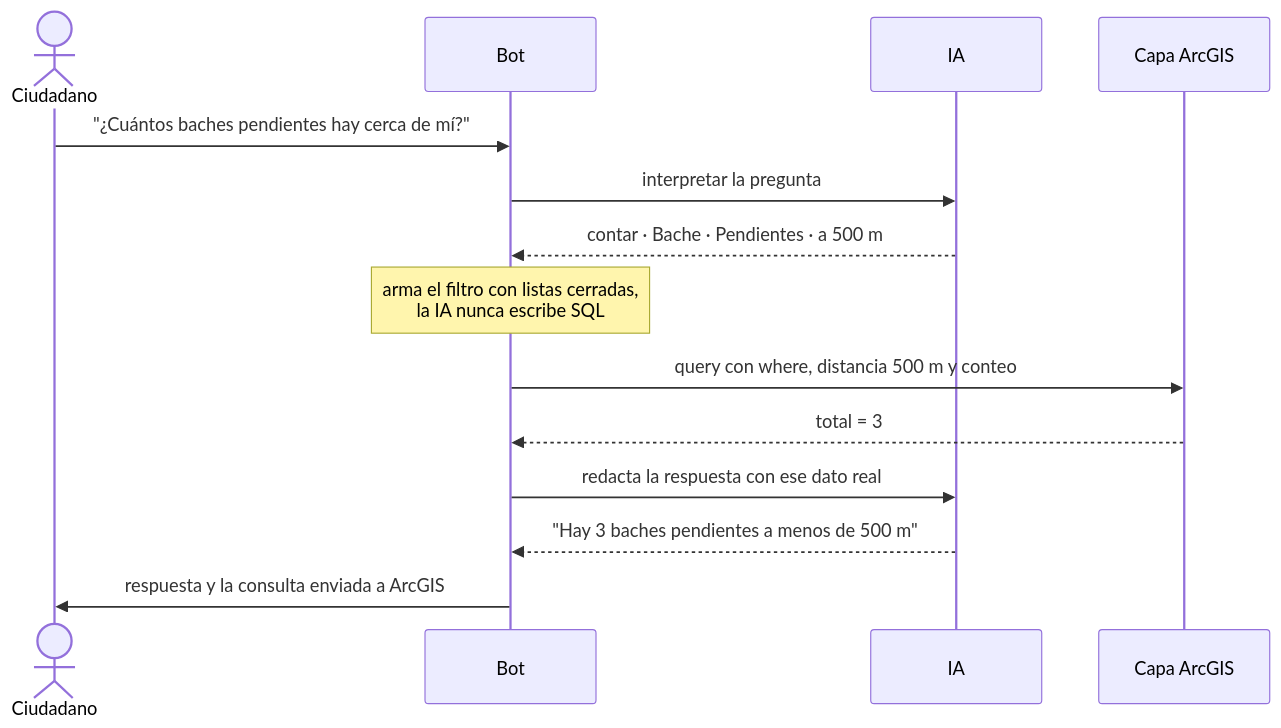
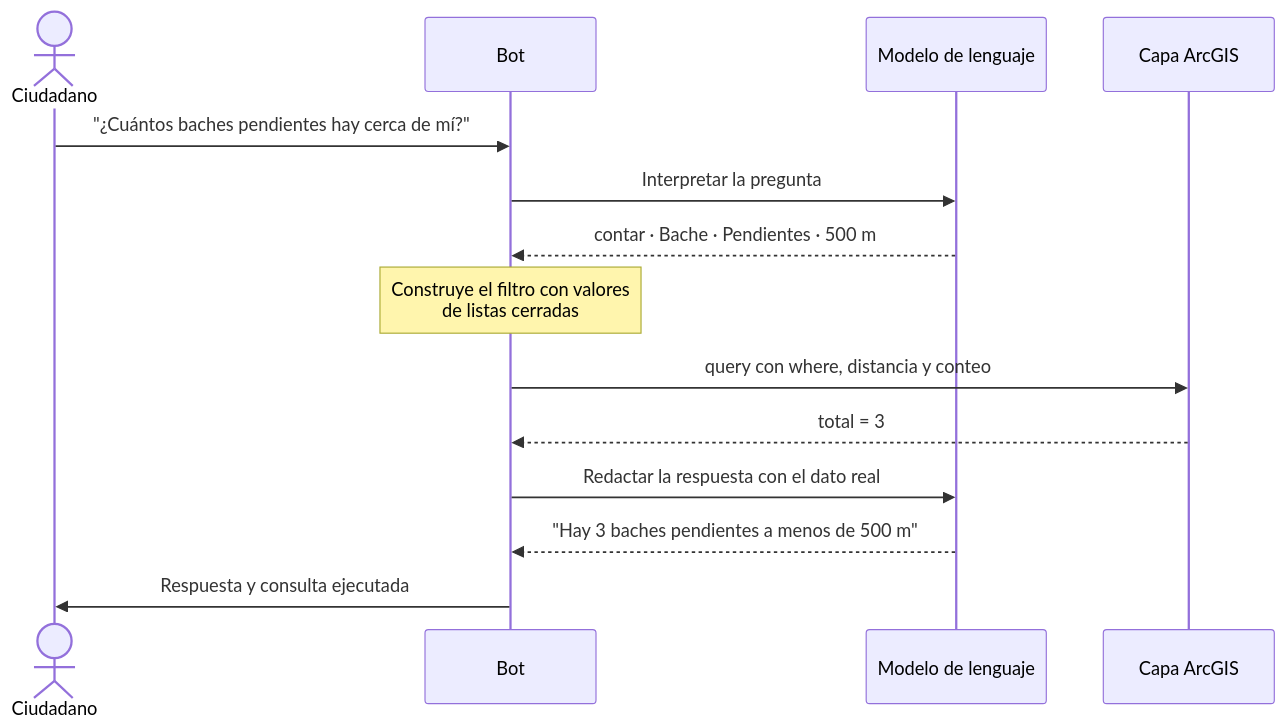
The third of 7 diagrams in README.md (osbonilla/arcgis-telegram), drawn with Mermaid before and after one commit. The commit also changed other lines of this file, not shown here.

````diff
--- a/README.md
+++ b/README.md
@@ -115,17 +122,17 @@
 ```mermaid
 sequenceDiagram
     actor C as Ciudadano
     participant B as Bot
-    participant IA as IA
+    participant IA as Modelo de lenguaje
     participant L as Capa ArcGIS
 
     C->>B: "¿Cuántos baches pendientes hay cerca de mí?"
-    B->>IA: interpretar la pregunta
-    IA-->>B: contar · Bache · Pendientes · a 500 m
-    Note over B: arma el filtro con listas cerradas,<br/>la IA nunca escribe SQL
-    B->>L: query con where, distancia 500 m y conteo
+    B->>IA: Interpretar la pregunta
+    IA-->>B: contar · Bache · Pendientes · 500 m
+    Note over B: Construye el filtro con valores<br/>de listas cerradas
+    B->>L: query con where, distancia y conteo
     L-->>B: total = 3
-    B->>IA: redacta la respuesta con ese dato real
+    B->>IA: Redactar la respuesta con el dato real
     IA-->>B: "Hay 3 baches pendientes a menos de 500 m"
-    B->>C: respuesta y la consulta enviada a ArcGIS
+    B->>C: Respuesta y consulta ejecutada
 ```
````
